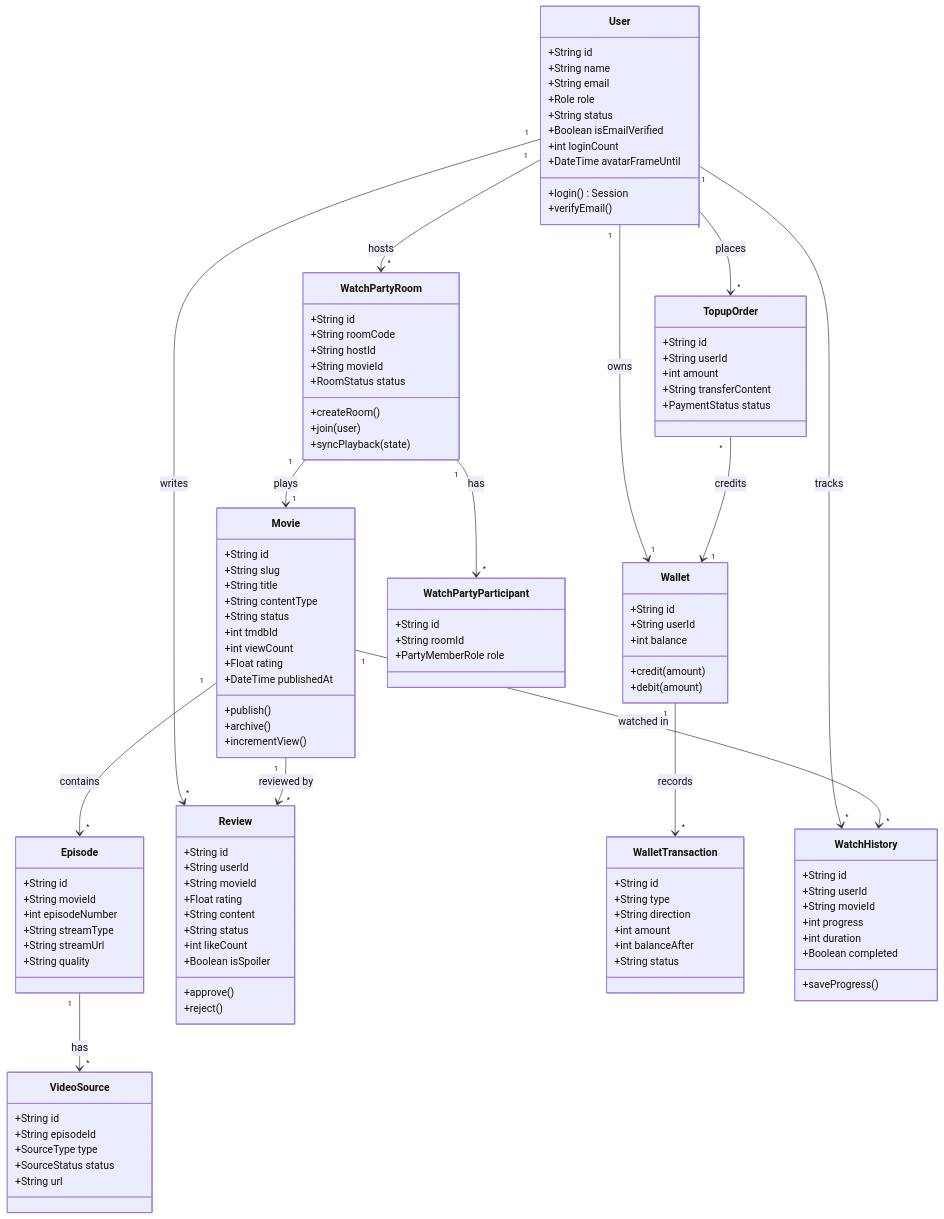
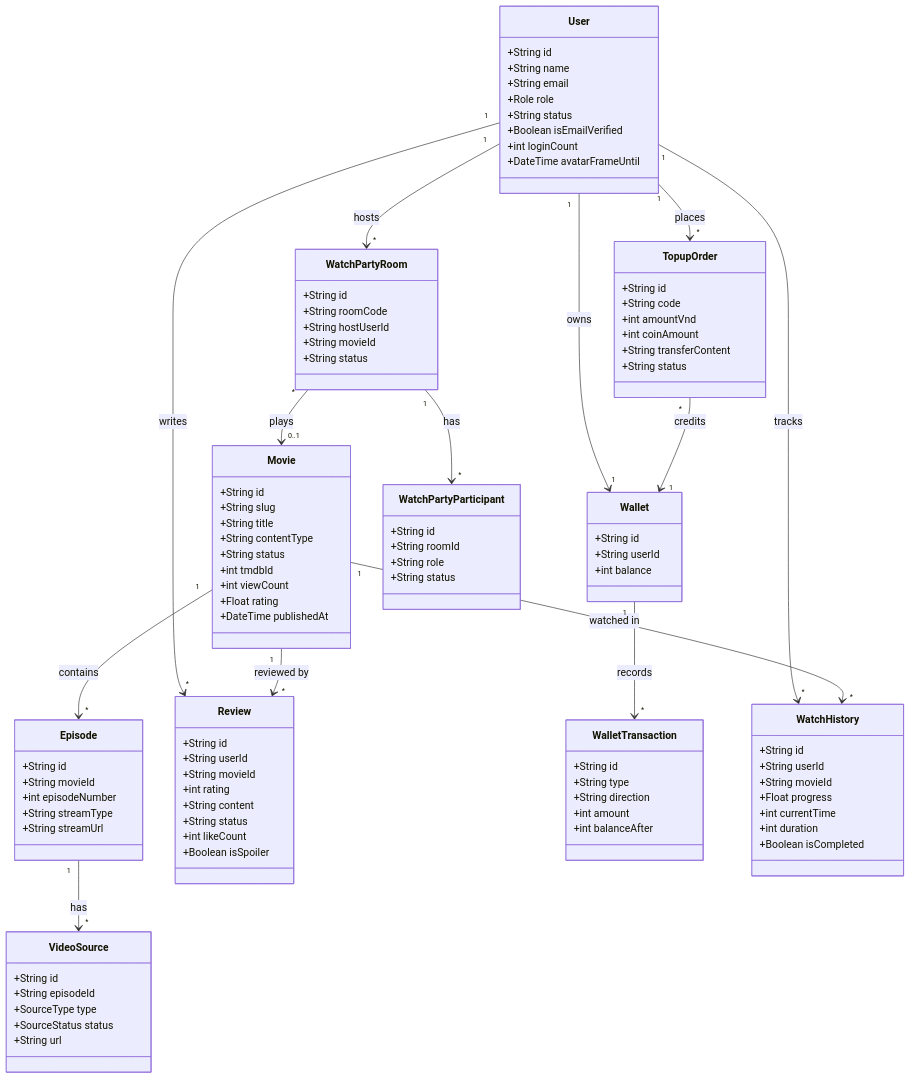
One commit to Terence-0310/TERENCE changed the third of 10 diagrams in README.md. Above: the diagram before and after it, drawn with Mermaid. The commit also changed other lines of this file and 191 other files, not shown here.

````diff
--- a/README.md
+++ b/README.md
@@ -428,8 +432,6 @@
         +Boolean isEmailVerified
         +int loginCount
         +DateTime avatarFrameUntil
-        +login() Session
-        +verifyEmail()
     }
     class Movie {
         +String id
@@ -441,9 +443,6 @@
         +int viewCount
         +Float rating
         +DateTime publishedAt
-        +publish()
-        +archive()
-        +incrementView()
     }
     class Episode {
         +String id
@@ -451,7 +450,6 @@
         +int episodeNumber
         +String streamType
         +String streamUrl
-        +String quality
     }
     class VideoSource {
         +String id
@@ -464,20 +462,16 @@
         +String id
         +String userId
         +String movieId
-        +Float rating
+        +int rating
         +String content
         +String status
         +int likeCount
         +Boolean isSpoiler
-        +approve()
-        +reject()
     }
     class Wallet {
         +String id
         +String userId
         +int balance
-        +credit(amount)
-        +debit(amount)
     }
     class WalletTransaction {
         +String id
@@ -485,38 +479,36 @@
         +String direction
         +int amount
         +int balanceAfter
-        +String status
     }
     class TopupOrder {
         +String id
-        +String userId
-        +int amount
+        +String code
+        +int amountVnd
+        +int coinAmount
         +String transferContent
-        +PaymentStatus status
+        +String status
     }
     class WatchPartyRoom {
         +String id
         +String roomCode
-        +String hostId
+        +String hostUserId
         +String movieId
-        +RoomStatus status
-        +createRoom()
-        +join(user)
-        +syncPlayback(state)
+        +String status
     }
     class WatchPartyParticipant {
         +String id
         +String roomId
-        +PartyMemberRole role
+        +String role
+        +String status
     }
     class WatchHistory {
         +String id
         +String userId
         +String movieId
-        +int progress
+        +Float progress
+        +int currentTime
         +int duration
-        +Boolean completed
-        +saveProgress()
+        +Boolean isCompleted
     }
 
     User "1" --> "1" Wallet : owns
@@ -531,5 +523,5 @@
     Movie "1" --> "*" WatchHistory : watched in
     Episode "1" --> "*" VideoSource : has
     WatchPartyRoom "1" --> "*" WatchPartyParticipant : has
-    WatchPartyRoom "1" --> "1" Movie : plays
+    WatchPartyRoom "*" --> "0..1" Movie : plays
 ```
````
